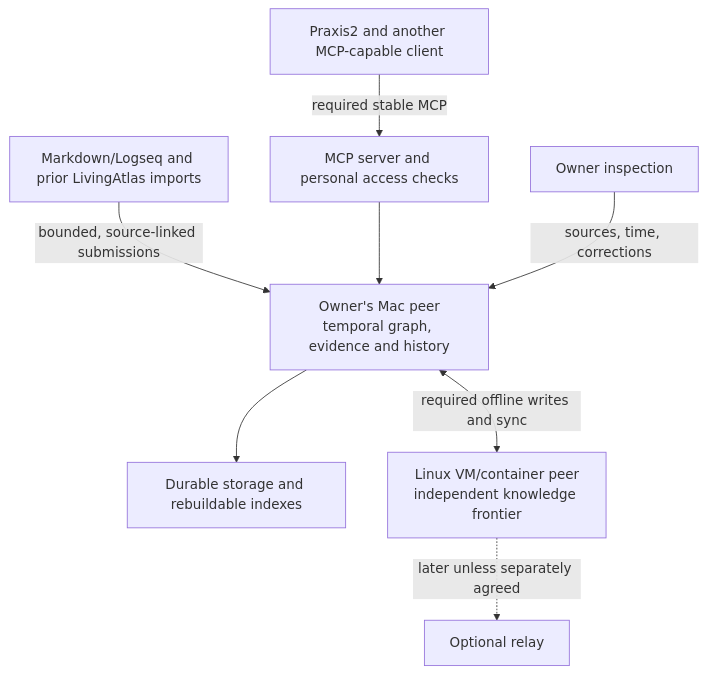
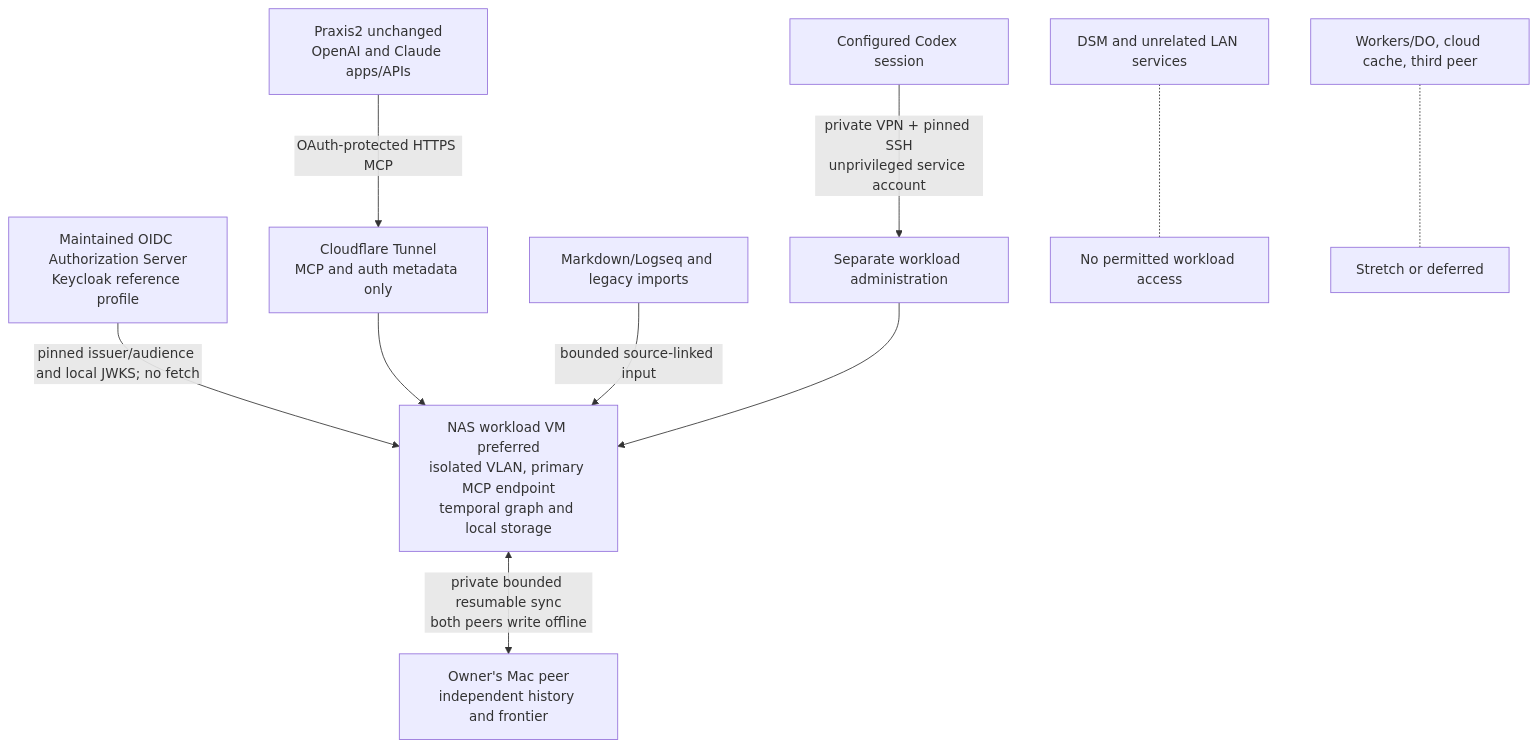
Before and after one commit to ProvisioInsights/RefactoredMemory: the diagram in docs/PRD.md, drawn with Mermaid. The commit also changed other lines of this file and 23 other files, not shown here.

Commit message:
Reconcile NAS-first deployment, OAuth, synchronization and maintenance requirements

````diff
--- a/docs/PRD.md
+++ b/docs/PRD.md
@@ -270,10 +294,12 @@
 ```mermaid
 flowchart TB
-    C["Praxis2 and another MCP-capable client"] -->|"required stable MCP"| M["MCP server and personal access checks"]
-    F["Markdown/Logseq and prior LivingAtlas imports"] -->|"bounded, source-linked submissions"| A
-    M --> A["Owner's Mac peer<br/>temporal graph, evidence and history"]
-    A --> I["Durable storage and rebuildable indexes"]
-    U["Owner inspection"] -->|"sources, time, corrections"| A
-    A <-->|"required offline writes and sync"| B["Linux VM/container peer<br/>independent knowledge frontier"]
-    B -.->|"later unless separately agreed"| R["Optional relay"]
+    C["Praxis2 unchanged<br/>OpenAI and Claude apps/APIs"] -->|"OAuth-protected HTTPS MCP"| T["Cloudflare Tunnel<br/>MCP and auth metadata only"]
+    AS["Maintained OIDC Authorization Server<br/>Keycloak reference profile"] -->|"pinned issuer/audience and local JWKS; no fetch"| N
+    T --> N["NAS workload VM preferred<br/>isolated VLAN, primary MCP endpoint<br/>temporal graph and local storage"]
+    N <-->|"private bounded resumable sync<br/>both peers write offline"| A["Owner's Mac peer<br/>independent history and frontier"]
+    F["Markdown/Logseq and legacy imports"] -->|"bounded source-linked input"| N
+    V["Configured Codex session"] -->|"private VPN + pinned SSH<br/>unprivileged service account"| O["Separate workload administration"]
+    O --> N
+    D["DSM and unrelated LAN services"] -.- X["No permitted workload access"]
+    R["Workers/DO, cloud cache, third peer"] -.- L["Stretch or deferred"]
 ```
````
